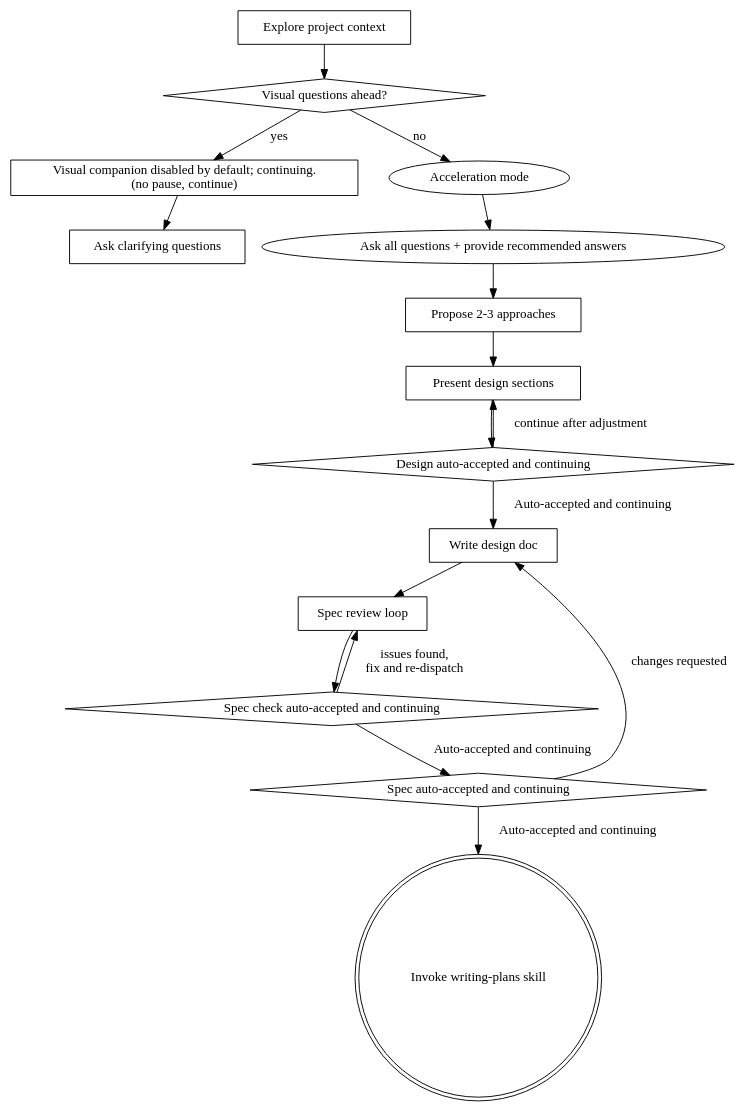
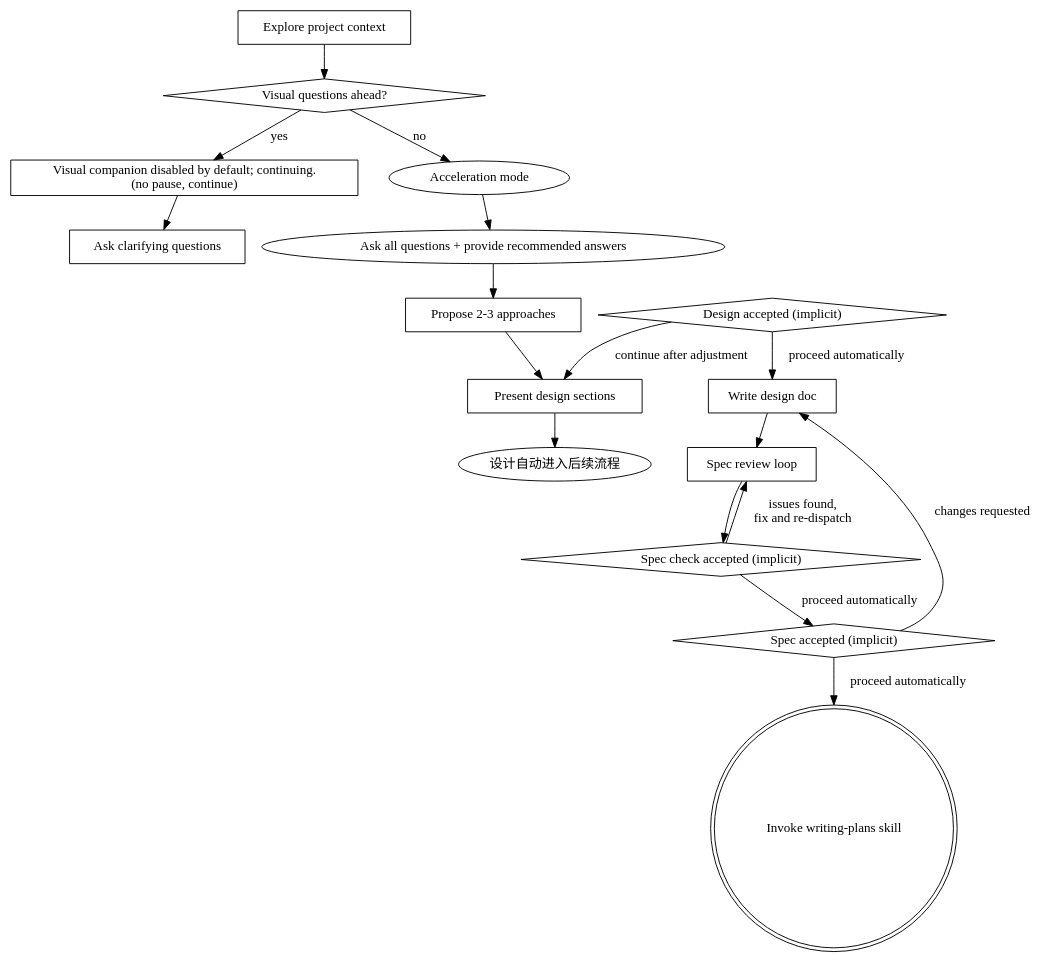
One commit to ShakaRover/superpowers changed the diagram in skills/brainstorming/SKILL.md. Above: the diagram before and after it, drawn with Graphviz. The commit also changed other lines of this file and 7 other files, not shown here.

````diff
--- a/skills/brainstorming/SKILL.md
+++ b/skills/brainstorming/SKILL.md
@@ -55,33 +55,33 @@
 ```dot
 digraph brainstorming {
     "Explore project context" [shape=box];
     "Visual questions ahead?" [shape=diamond];
     "Visual companion disabled by default; continuing.\n(no pause, continue)" [shape=box];
     "Ask clarifying questions" [shape=box];
     "Propose 2-3 approaches" [shape=box];
     "Present design sections" [shape=box];
-    "Design auto-accepted and continuing" [shape=diamond];
+    "Design accepted (implicit)" [shape=diamond];
     "Write design doc" [shape=box];
     "Spec review loop" [shape=box];
-    "Spec check auto-accepted and continuing" [shape=diamond];
-    "Spec auto-accepted and continuing" [shape=diamond];
+    "Spec check accepted (implicit)" [shape=diamond];
+    "Spec accepted (implicit)" [shape=diamond];
     "Invoke writing-plans skill" [shape=doublecircle];
 
     "Explore project context" -> "Visual questions ahead?";
     "Visual questions ahead?" -> "Visual companion disabled by default; continuing.\n(no pause, continue)" [label="yes"];
     "Visual questions ahead?" -> "Acceleration mode" [label="no"];
     "Visual companion disabled by default; continuing.\n(no pause, continue)" -> "Ask clarifying questions";
     "Acceleration mode" -> "Ask all questions + provide recommended answers";
     "Ask all questions + provide recommended answers" -> "Propose 2-3 approaches";
     "Propose 2-3 approaches" -> "Present design sections";
-    "Present design sections" -> "Design auto-accepted and continuing";
-    "Design auto-accepted and continuing" -> "Present design sections" [label="continue after adjustment"];
-    "Design auto-accepted and continuing" -> "Write design doc" [label="Auto-accepted and continuing"];
+    "Present design sections" -> "设计自动进入后续流程";
+    "Design accepted (implicit)" -> "Present design sections" [label="continue after adjustment"];
+    "Design accepted (implicit)" -> "Write design doc" [label="proceed automatically"];
     "Write design doc" -> "Spec review loop";
-    "Spec review loop" -> "Spec check auto-accepted and continuing";
-    "Spec check auto-accepted and continuing" -> "Spec review loop" [label="issues found,\nfix and re-dispatch"];
-    "Spec check auto-accepted and continuing" -> "Spec auto-accepted and continuing" [label="Auto-accepted and continuing"];
-    "Spec auto-accepted and continuing" -> "Write design doc" [label="changes requested"];
-    "Spec auto-accepted and continuing" -> "Invoke writing-plans skill" [label="Auto-accepted and continuing"];
+    "Spec review loop" -> "Spec check accepted (implicit)";
+    "Spec check accepted (implicit)" -> "Spec review loop" [label="issues found,\nfix and re-dispatch"];
+    "Spec check accepted (implicit)" -> "Spec accepted (implicit)" [label="proceed automatically"];
+    "Spec accepted (implicit)" -> "Write design doc" [label="changes requested"];
+    "Spec accepted (implicit)" -> "Invoke writing-plans skill" [label="proceed automatically"];
 }
 ```
````
